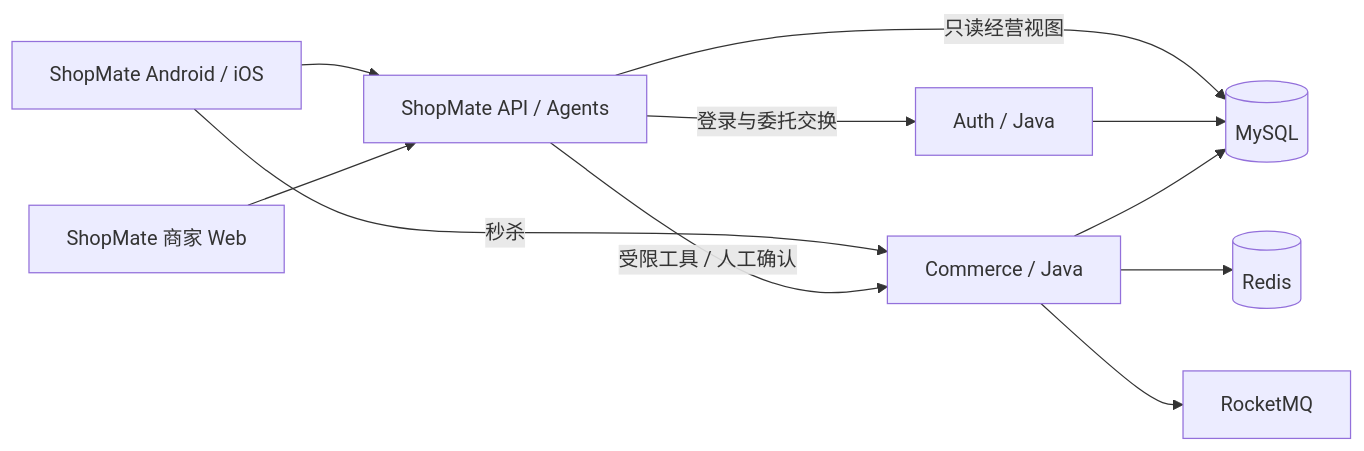
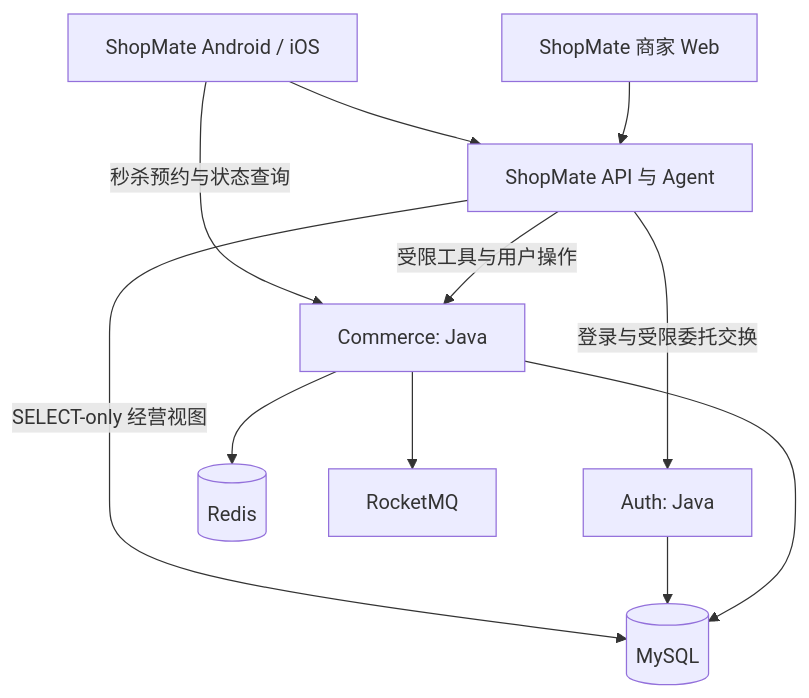
The diagram in README.zh-CN.md (ChanTso/citybuddy), drawn with Mermaid before and after one commit. The commit also changed other lines of this file and 21 other files, not shown here.

````diff
--- a/README.zh-CN.md
+++ b/README.zh-CN.md
@@ -48,13 +46,13 @@
 ```mermaid
-flowchart LR
-    Client[ShopMate Android / iOS] --> Host[ShopMate API / Agents]
+flowchart TB
+    Client[ShopMate Android / iOS] --> Host[ShopMate API 与 Agent]
     Web[ShopMate 商家 Web] --> Host
-    Client -->|秒杀| Commerce[Commerce / Java]
-    Host -->|登录与委托交换| Auth[Auth / Java]
-    Host -->|受限工具 / 人工确认| Commerce
-    Host -->|只读经营视图| DB[(MySQL)]
+    Client -->|秒杀预约与状态查询| Commerce[Commerce: Java]
+    Host -->|登录与受限委托交换| Auth[Auth: Java]
+    Host -->|受限工具与用户操作| Commerce
+    Host -->|SELECT-only 经营视图| DB[(MySQL)]
     Auth --> DB
-    Commerce --> DB
+    Commerce ---> DB
     Commerce --> Redis[(Redis)]
     Commerce --> MQ[RocketMQ]
 ```
````
